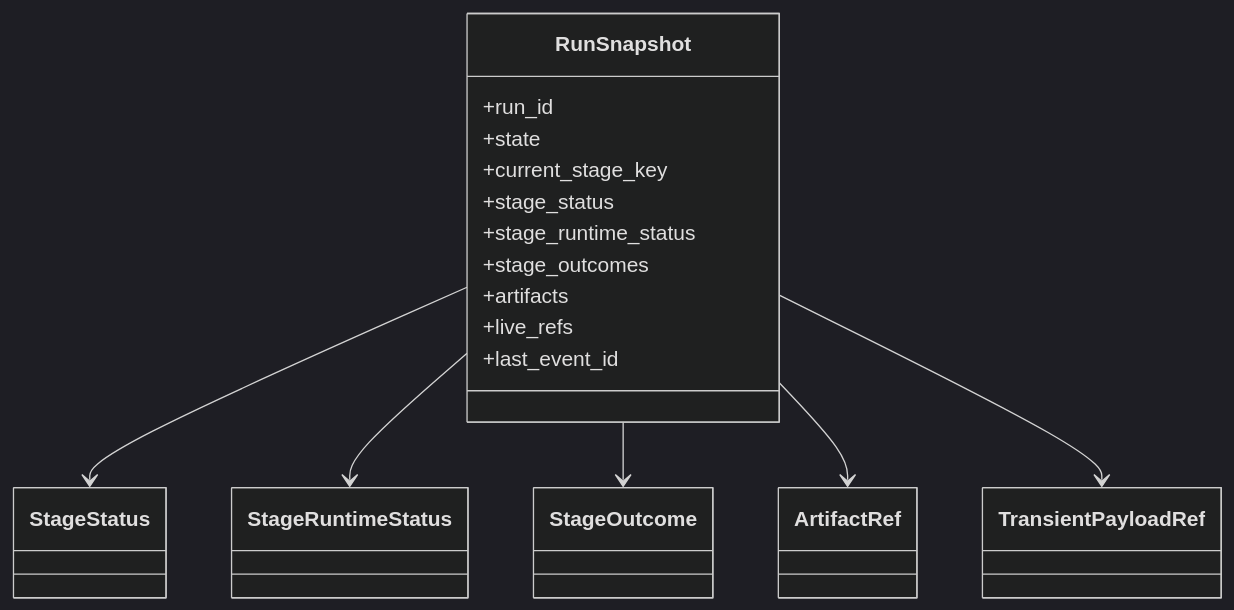
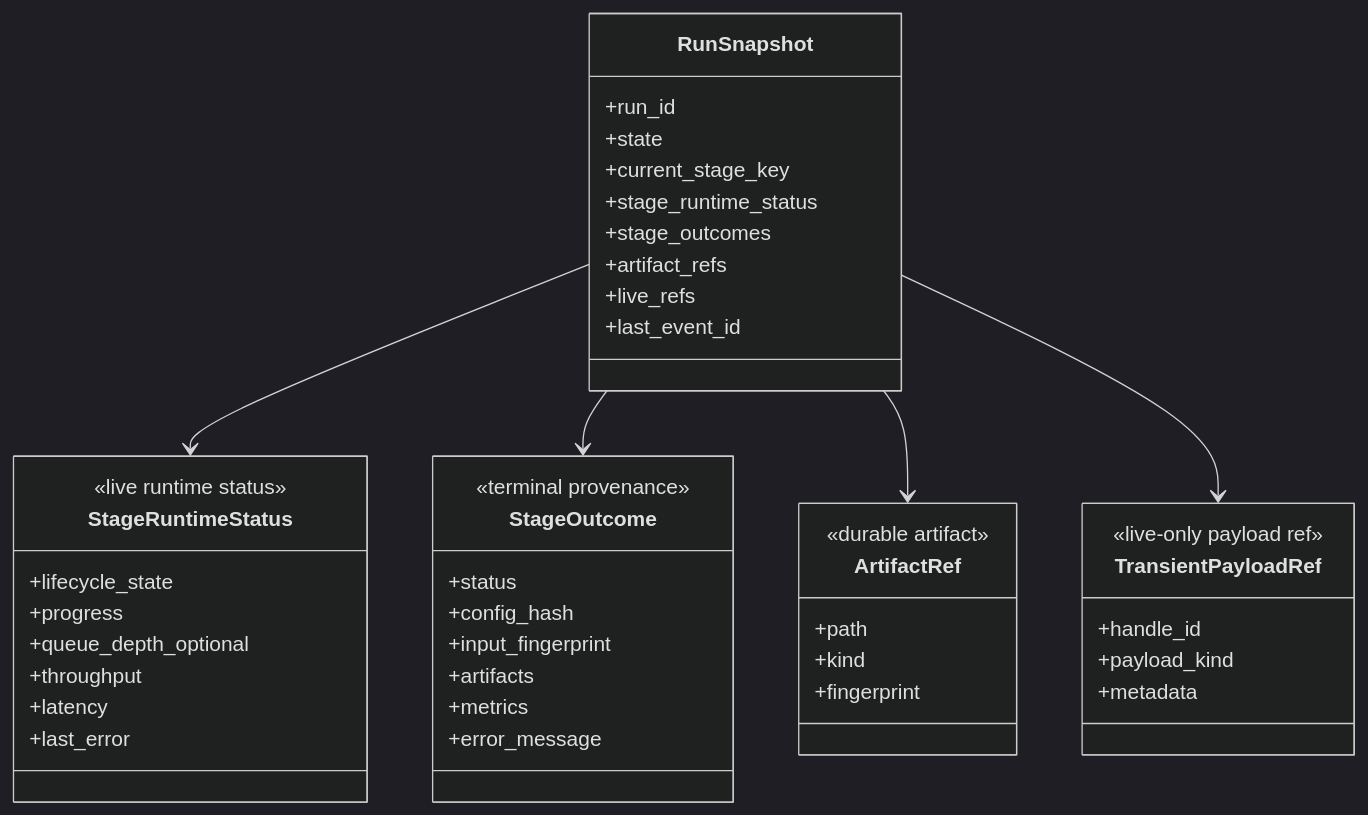
Before and after one commit to JanDuchscherer104/prml-vslam: diagram 16 of 17 in docs/architecture/pipeline-stage-refactor-target.md, drawn with Mermaid (dark theme). The commit also changed other lines of this file, not shown here.

````diff
--- a/docs/architecture/pipeline-stage-refactor-target.md
+++ b/docs/architecture/pipeline-stage-refactor-target.md
@@ -1460,26 +1476,52 @@
 ```mermaid
 classDiagram
     class RunSnapshot {
         +run_id
         +state
         +current_stage_key
-        +stage_status
         +stage_runtime_status
         +stage_outcomes
-        +artifacts
+        +artifact_refs
         +live_refs
         +last_event_id
     }
 
-    class StageOutcome
-    class StageRuntimeStatus
-    class StageStatus
-    class ArtifactRef
-    class TransientPayloadRef
+    class StageOutcome {
+        <<terminal provenance>>
+        +status
+        +config_hash
+        +input_fingerprint
+        +artifacts
+        +metrics
+        +error_message
+    }
 
-    RunSnapshot --> StageStatus
+    class StageRuntimeStatus {
+        <<live runtime status>>
+        +lifecycle_state
+        +progress
+        +queue_depth_optional
+        +throughput
+        +latency
+        +last_error
+    }
+
+    class ArtifactRef {
+        <<durable artifact>>
+        +path
+        +kind
+        +fingerprint
+    }
+
+    class TransientPayloadRef {
+        <<live-only payload ref>>
+        +handle_id
+        +payload_kind
+        +metadata
+    }
+
     RunSnapshot --> StageRuntimeStatus
     RunSnapshot --> StageOutcome
     RunSnapshot --> ArtifactRef
     RunSnapshot --> TransientPayloadRef
 ```
````
